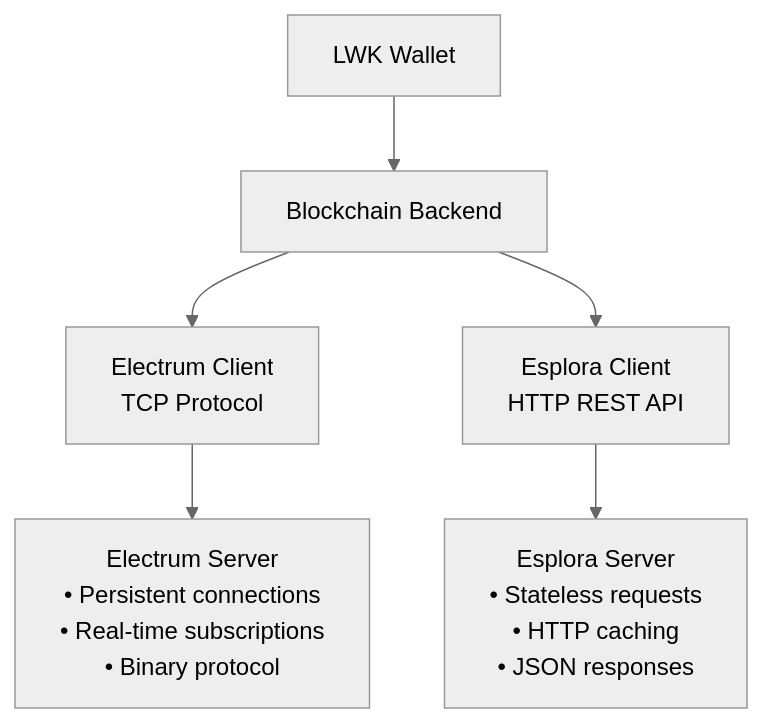
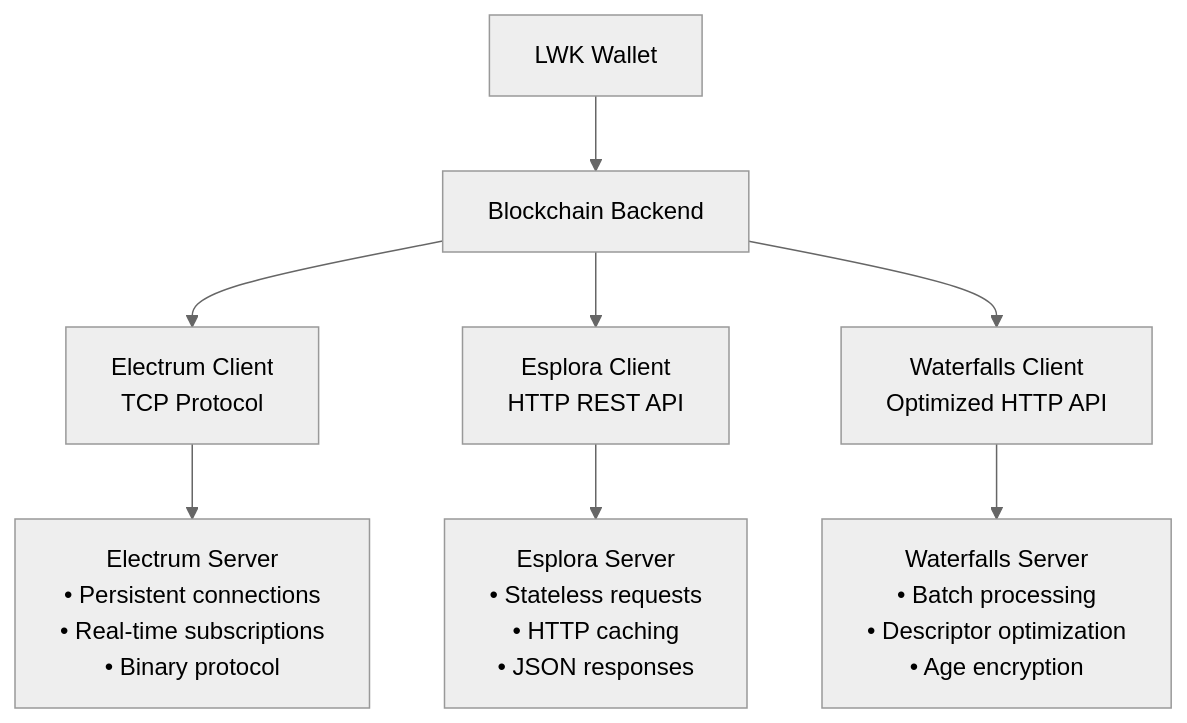
Before and after one commit to GianGuaz256/lwk-new-docs: the diagram in docs/blockchain-backends/overview.md, drawn with Mermaid (neutral theme). The commit also changed other lines of this file and 7 other files, not shown here.

````diff
--- a/docs/blockchain-backends/overview.md
+++ b/docs/blockchain-backends/overview.md
@@ -17,9 +17,11 @@
 ```mermaid
 graph TB
     A[LWK Wallet] --> B[Blockchain Backend]
     B --> C[Electrum Client<br/>TCP Protocol]
     B --> D[Esplora Client<br/>HTTP REST API]
+    B --> E[Waterfalls Client<br/>Optimized HTTP API]
     
-    C --> E[Electrum Server<br/>• Persistent connections<br/>• Real-time subscriptions<br/>• Binary protocol]
-    D --> F[Esplora Server<br/>• Stateless requests<br/>• HTTP caching<br/>• JSON responses]
+    C --> F[Electrum Server<br/>• Persistent connections<br/>• Real-time subscriptions<br/>• Binary protocol]
+    D --> G[Esplora Server<br/>• Stateless requests<br/>• HTTP caching<br/>• JSON responses]
+    E --> H[Waterfalls Server<br/>• Batch processing<br/>• Descriptor optimization<br/>• Age encryption]
 ```
````
